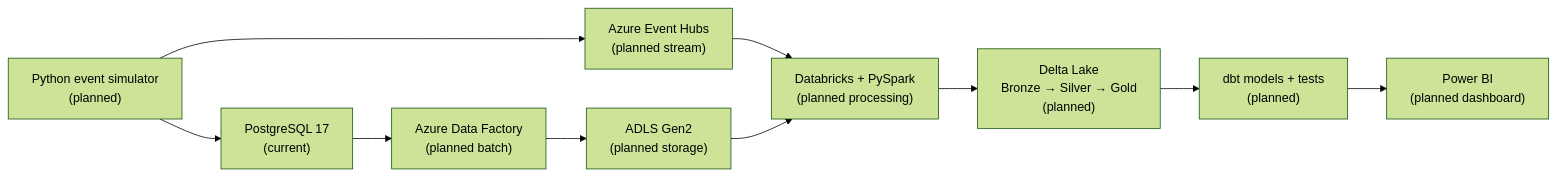
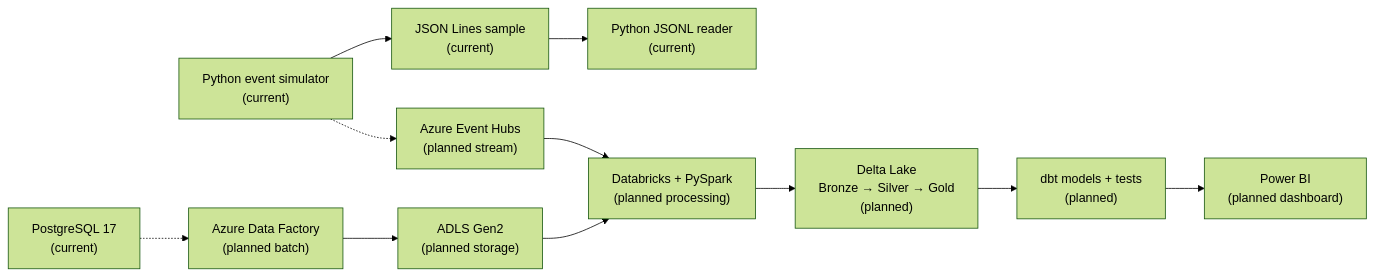
One commit to enriquebruno12/factorypulse-real-time-lakehouse changed the first of 2 diagrams in README.md. Above: the diagram before and after it, drawn with Mermaid (forest theme). The commit also changed other lines of this file, not shown here.

Commit message:
Update README for simulator, JSONL reader, and tests

````diff
--- a/README.md
+++ b/README.md
@@ -50,18 +52,20 @@
 ```mermaid
 flowchart LR
-    SIM["Python event simulator<br/>(planned)"]
+    SIM["Python event simulator<br/>(current)"]
+    JSONL["JSON Lines sample<br/>(current)"]
+    READER["Python JSONL reader<br/>(current)"]
     PG["PostgreSQL 17<br/>(current)"]
     ADF["Azure Data Factory<br/>(planned batch)"]
     EH["Azure Event Hubs<br/>(planned stream)"]
     LAKE["ADLS Gen2<br/>(planned storage)"]
     SPARK["Databricks + PySpark<br/>(planned processing)"]
     MED["Delta Lake<br/>Bronze → Silver → Gold<br/>(planned)"]
     DBT["dbt models + tests<br/>(planned)"]
     BI["Power BI<br/>(planned dashboard)"]
 
-    SIM --> PG
-    SIM --> EH
-    PG --> ADF --> LAKE
+    SIM --> JSONL --> READER
+    SIM -.-> EH
+    PG -.-> ADF --> LAKE
     EH --> SPARK
     LAKE --> SPARK --> MED --> DBT --> BI
 ```
````
